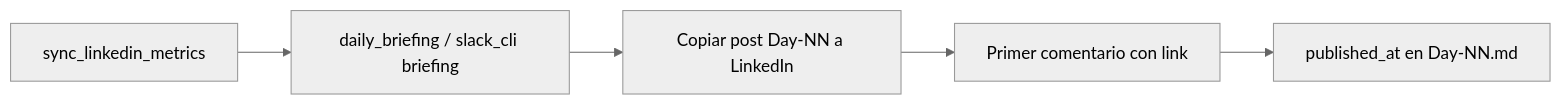
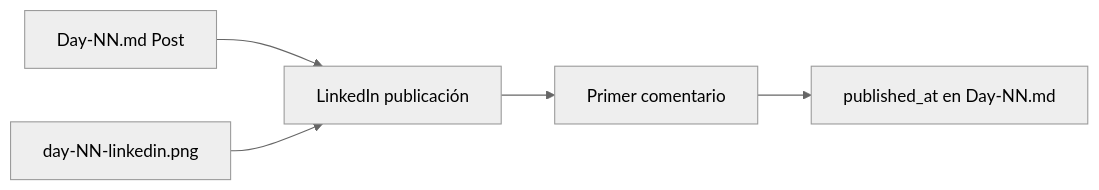
One commit to Treevu-ai/cli-market-world changed the diagram in docs/linkedin/catch-up-plan.md. Above: the diagram before and after it, drawn with Mermaid (neutral theme). The commit also changed other lines of this file and 80 other files, not shown here.

First line of the commit message:
feat(linkedin): generate all 30 day assets for copy-paste publishing

````diff
--- a/docs/linkedin/catch-up-plan.md
+++ b/docs/linkedin/catch-up-plan.md
@@ -30,7 +34,7 @@
 ```mermaid
 flowchart LR
-  A[sync_linkedin_metrics] --> B[daily_briefing / slack_cli briefing]
-  B --> C[Copiar post Day-NN a LinkedIn]
-  C --> D[Primer comentario con link]
+  A[Day-NN.md Post] --> B[LinkedIn publicación]
+  C[day-NN-linkedin.png] --> B
+  B --> D[Primer comentario]
   D --> E[published_at en Day-NN.md]
 ```
````
